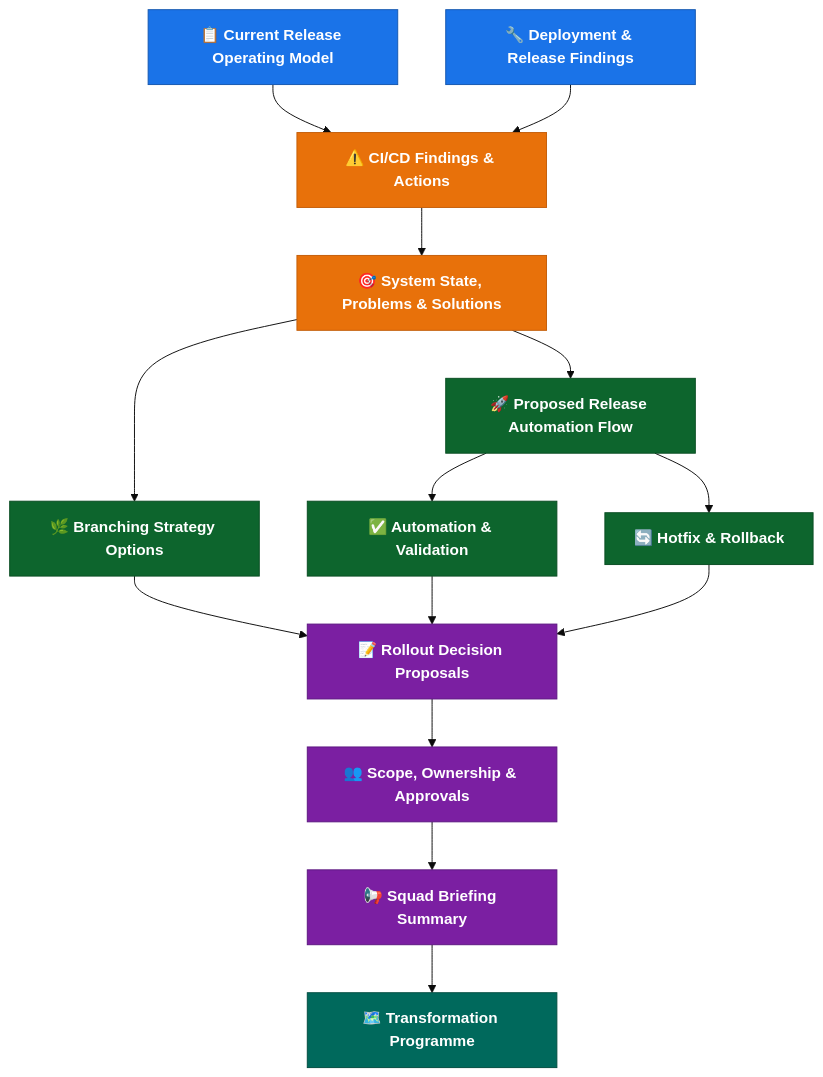
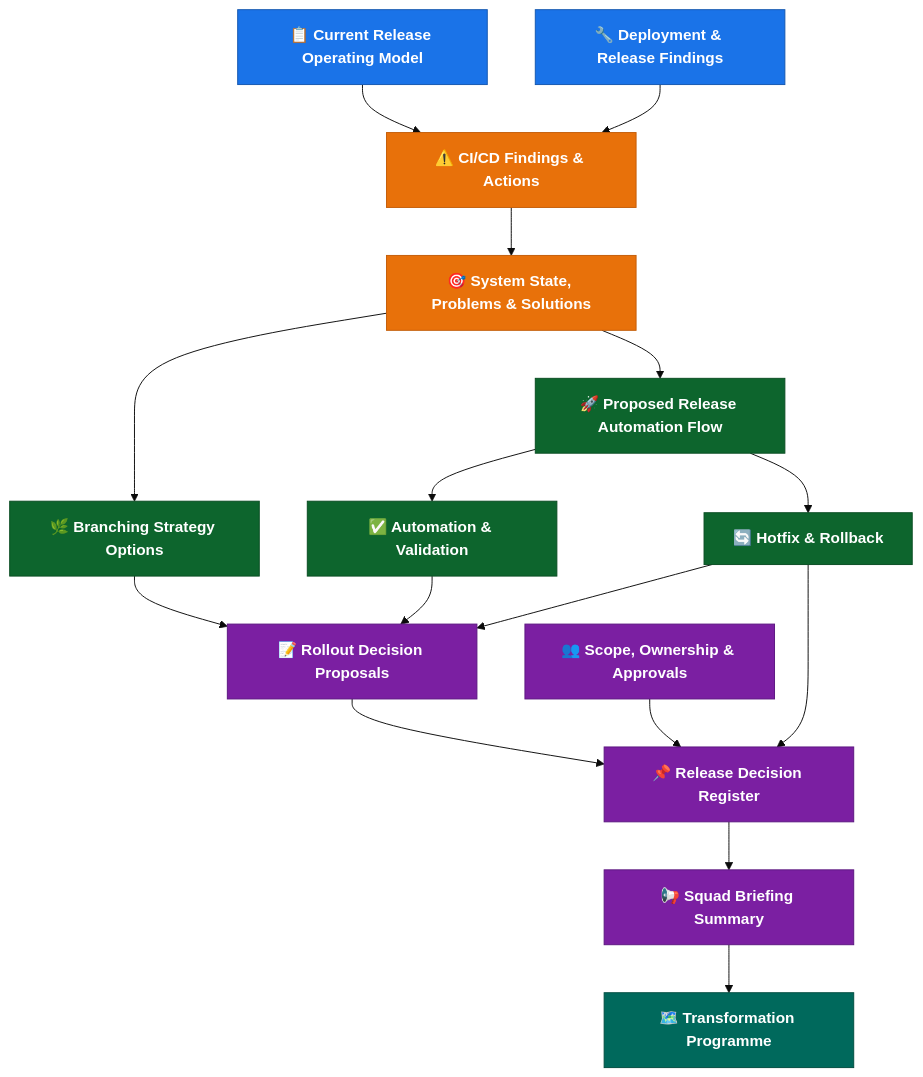
One commit to benanaktaspusulait/branching-strategy changed the diagram in README.md. Above: the diagram before and after it, drawn with Mermaid. The commit also changed other lines of this file and 4 other files, not shown here.

````diff
--- a/README.md
+++ b/README.md
@@ -105,40 +108,44 @@
 ```mermaid
 %%{init: {'theme': 'base', 'themeVariables': {'primaryColor': '#4a90d9', 'primaryTextColor': '#fff', 'primaryBorderColor': '#2c6fad', 'secondaryColor': '#f0f4f8', 'tertiaryColor': '#e8f5e9'}}}%%
 
 flowchart TD
   %% Layer 1
   A["📋 Current Release Operating Model"]:::current
   B["🔧 Deployment & Release Findings"]:::current
 
   %% Layer 2
   C["⚠️ CI/CD Findings & Actions"]:::problem
   D["🎯 System State, Problems & Solutions"]:::problem
 
   %% Layer 3
   E["🚀 Proposed Release Automation Flow"]:::solution
   F["🌿 Branching Strategy Options"]:::solution
   G["✅ Automation & Validation"]:::solution
   H["🔄 Hotfix & Rollback"]:::solution
 
   %% Layer 4
   I["📝 Rollout Decision Proposals"]:::decision
   J["👥 Scope, Ownership & Approvals"]:::decision
   K["📢 Squad Briefing Summary"]:::decision
+  M["📌 Release Decision Register"]:::decision
 
   %% Layer 5
   L["🗺️ Transformation Programme"]:::transform
 
   %% Relationships
   A & B --> C --> D
   D --> E & F
   E --> G & H
   F & G & H --> I
-  I --> J --> K
+  I --> M
+  J --> M
+  H --> M
+  M --> K
   K --> L
 
   classDef current fill:#1a73e8,stroke:#1557b0,color:#fff,font-weight:bold
   classDef problem fill:#e8710a,stroke:#c45d08,color:#fff,font-weight:bold
   classDef solution fill:#0d652d,stroke:#094d22,color:#fff,font-weight:bold
   classDef decision fill:#7b1fa2,stroke:#5c1680,color:#fff,font-weight:bold
   classDef transform fill:#00695c,stroke:#004d40,color:#fff,font-weight:bold
 ```
````
